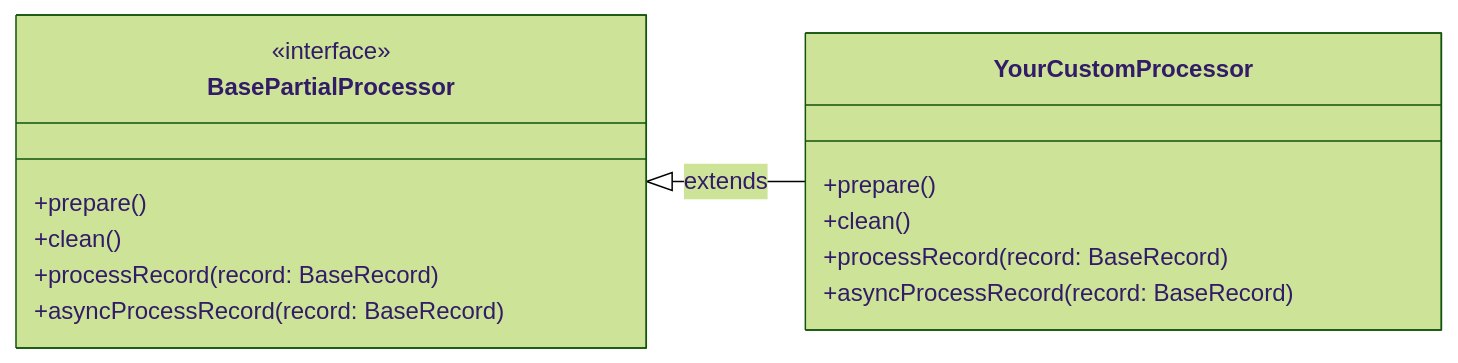
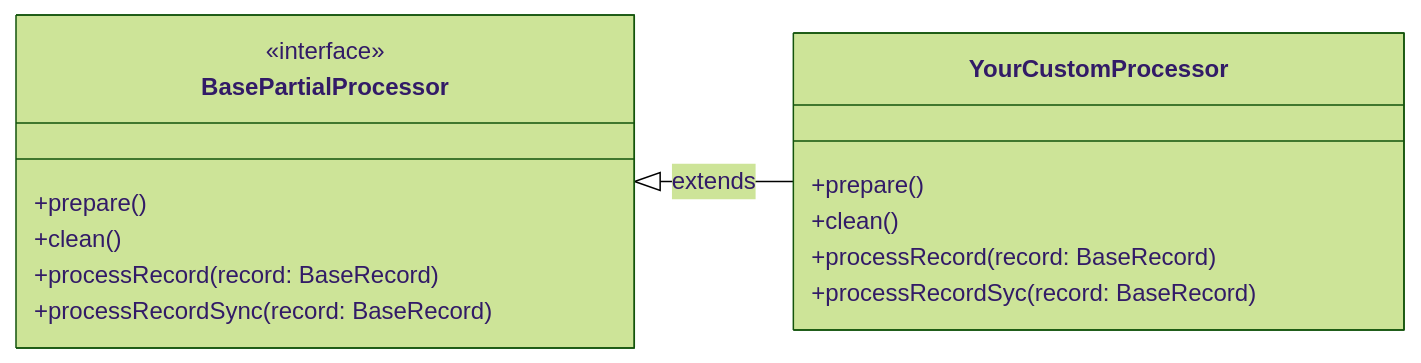
One commit to aws-powertools/powertools-lambda-typescript changed the seventh of 7 diagrams in docs/utilities/batch.md. Above: the diagram before and after it, drawn with Mermaid (forest theme). The commit also changed other lines of this file and 11 other files, not shown here.

````diff
--- a/docs/utilities/batch.md
+++ b/docs/utilities/batch.md
@@ -422,20 +430,18 @@
 ```mermaid
 classDiagram
     direction LR
     class BasePartialProcessor {
         <<interface>>
         +prepare()
         +clean()
         +processRecord(record: BaseRecord)
-        +asyncProcessRecord(record: BaseRecord)
+        +processRecordSync(record: BaseRecord)
     }
-
     class YourCustomProcessor {
         +prepare()
         +clean()
         +processRecord(record: BaseRecord)
-        +asyncProcessRecord(record: BaseRecord)
+        +processRecordSyc(record: BaseRecord)
     }
-
     BasePartialProcessor <|-- YourCustomProcessor : extends
 ```
````
